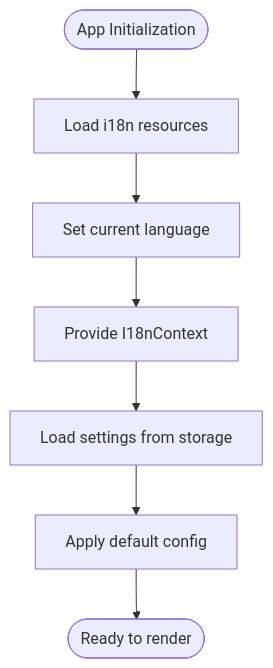
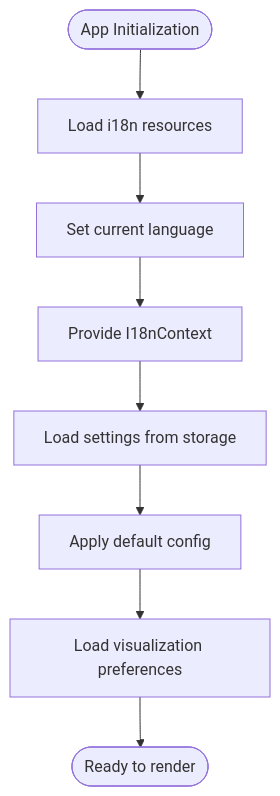
Before and after one commit to zmyeo54/briefroom: the fifth of 10 diagrams in .qoder/repowiki/en/content/Core Features/Mindmap Visualization.md, drawn with Mermaid. The commit also changed other lines of this file and 32 other files, not shown here.

````diff
--- a/.qoder/repowiki/en/content/Core Features/Mindmap Visualization.md
+++ b/.qoder/repowiki/en/content/Core Features/Mindmap Visualization.md
@@ -309,9 +381,10 @@
 ```mermaid
 flowchart TD
 Start(["App Initialization"]) --> LoadI18n["Load i18n resources"]
 LoadI18n --> SetLang["Set current language"]
 SetLang --> ProvideCtx["Provide I18nContext"]
 ProvideCtx --> LoadSettings["Load settings from storage"]
 LoadSettings --> ApplyDefaults["Apply default config"]
-ApplyDefaults --> Ready(["Ready to render"])
+ApplyDefaults --> LoadVisPrefs["Load visualization preferences"]
+LoadVisPrefs --> Ready(["Ready to render"])
 ```
````
